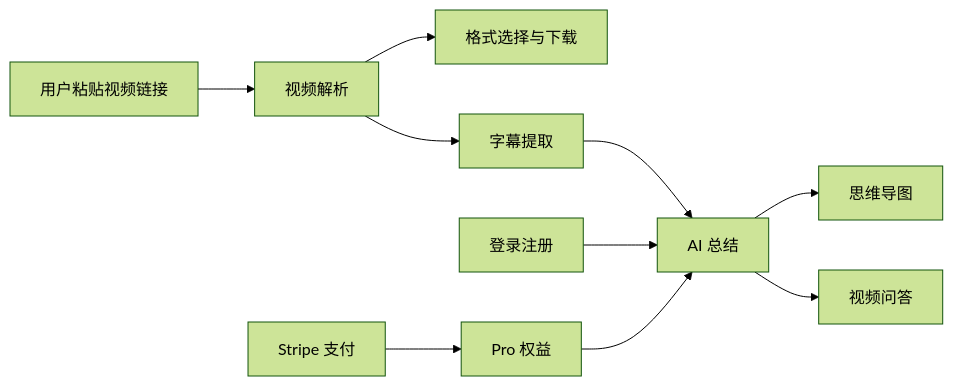
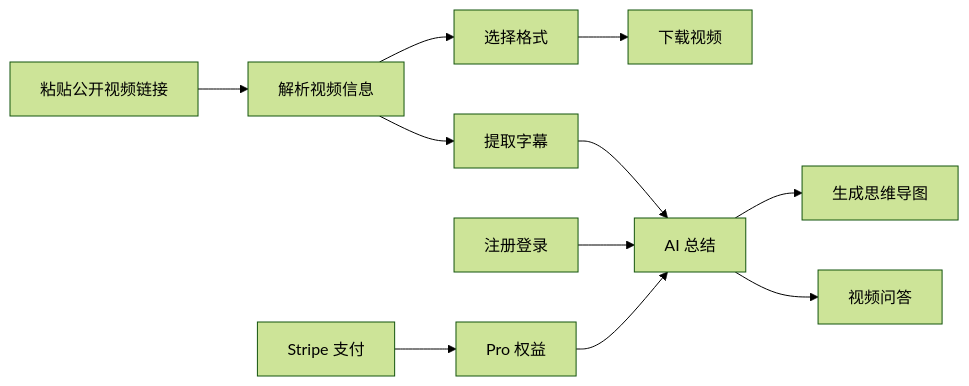
One commit to yzj6685/free-video-downloader changed the first of 2 diagrams in README.md. Above: the diagram before and after it, drawn with Mermaid (forest theme). The commit also changed other lines of this file and 3 other files, not shown here.

````diff
--- a/README.md
+++ b/README.md
@@ -28,12 +47,13 @@
 ```mermaid
 flowchart LR
-  U[用户粘贴视频链接] --> P[视频解析]
-  P --> D[格式选择与下载]
-  P --> S[字幕提取]
+  U[粘贴公开视频链接] --> P[解析视频信息]
+  P --> F[选择格式]
+  F --> D[下载视频]
+  P --> S[提取字幕]
   S --> A[AI 总结]
-  A --> M[思维导图]
+  A --> M[生成思维导图]
   A --> Q[视频问答]
-  L[登录注册] --> A
-  B[Stripe 支付] --> E[Pro 权益]
-  E --> A
+  Login[注册登录] --> A
+  Pay[Stripe 支付] --> Pro[Pro 权益]
+  Pro --> A
 ```
````
